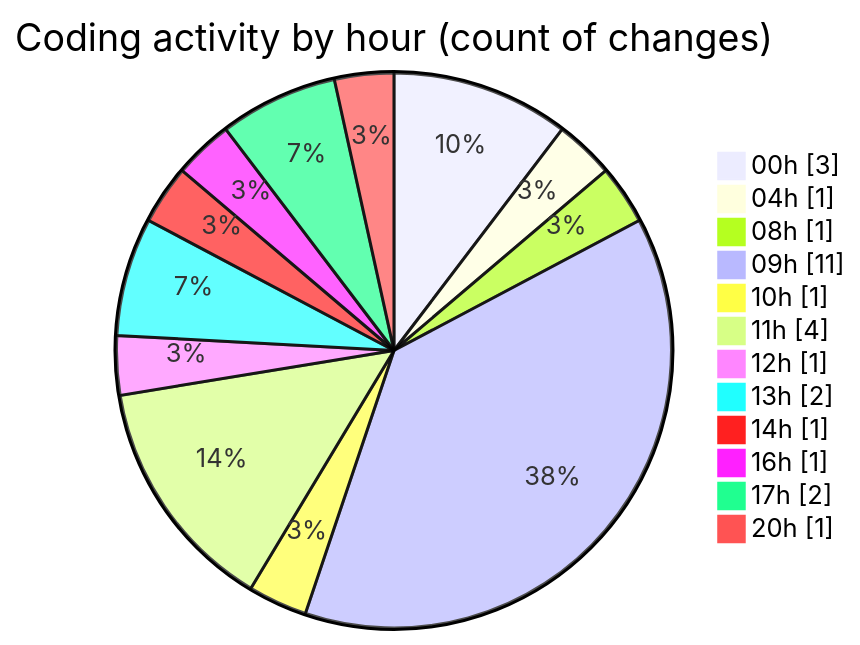
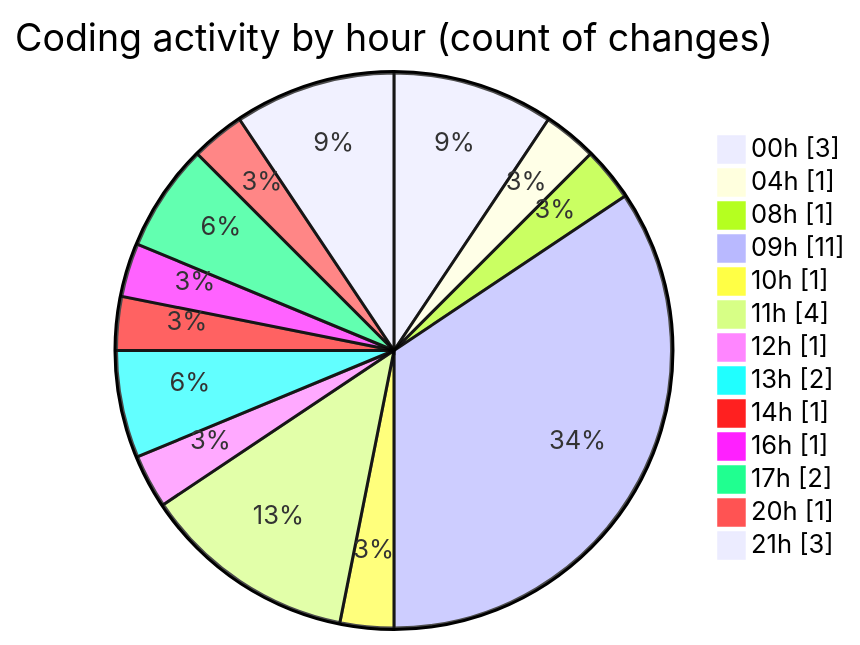
The second of 2 diagrams in 2026-02-03/singularitybrainai/README.md (tmsrecording-cyber/code-tracking), drawn with Mermaid before and after one commit. The commit also changed other lines of this file and 1 other file, not shown here.

````diff
--- a/2026-02-03/singularitybrainai/README.md
+++ b/2026-02-03/singularitybrainai/README.md
@@ -33,16 +34,17 @@
 ```mermaid
 pie showData
 title Coding activity by hour (count of changes)
 "00h" : 3
 "04h" : 1
 "08h" : 1
 "09h" : 11
 "10h" : 1
 "11h" : 4
 "12h" : 1
 "13h" : 2
 "14h" : 1
 "16h" : 1
 "17h" : 2
 "20h" : 1
+"21h" : 3
 ```
````
